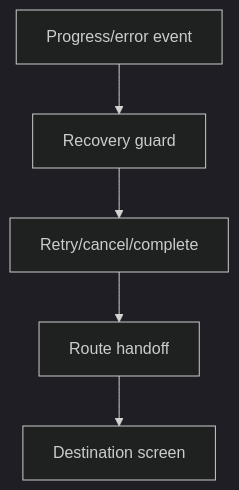
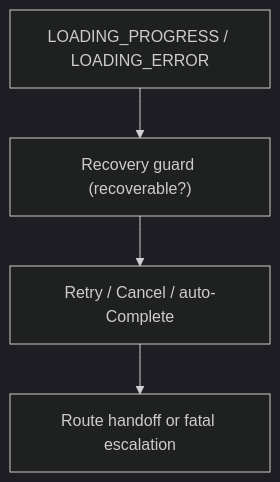
One commit to SunaNoOshiro/Heroes_Reforged_AI_Realms changed the third of 5 diagrams in docs/architecture/wiki/screens/59-loading-screen/architecture.md. Above: the diagram before and after it, drawn with Mermaid (dark theme). The commit also changed other lines of this file and 518 other files, not shown here.

First line of the commit message:
Add doc-audit skill and sweep architecture/screen docs

````diff
--- a/docs/architecture/wiki/screens/59-loading-screen/architecture.md
+++ b/docs/architecture/wiki/screens/59-loading-screen/architecture.md
@@ -42,8 +46,7 @@
 ```mermaid
 flowchart TD
-  I0["Progress/error event"] --> I1
-  I1["Recovery guard"] --> I2
-  I2["Retry/cancel/complete"] --> I3
-  I3["Route handoff"] --> I4
-  I4["Destination screen"]
+  I0["LOADING_PROGRESS / LOADING_ERROR"] --> I1
+  I1["Recovery guard (recoverable?)"] --> I2
+  I2["Retry / Cancel / auto-Complete"] --> I3
+  I3["Route handoff or fatal escalation"]
 ```
````
